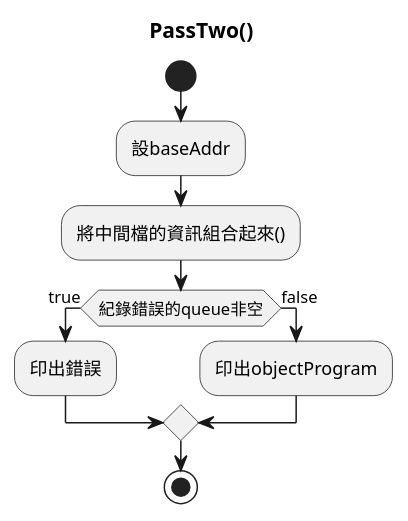
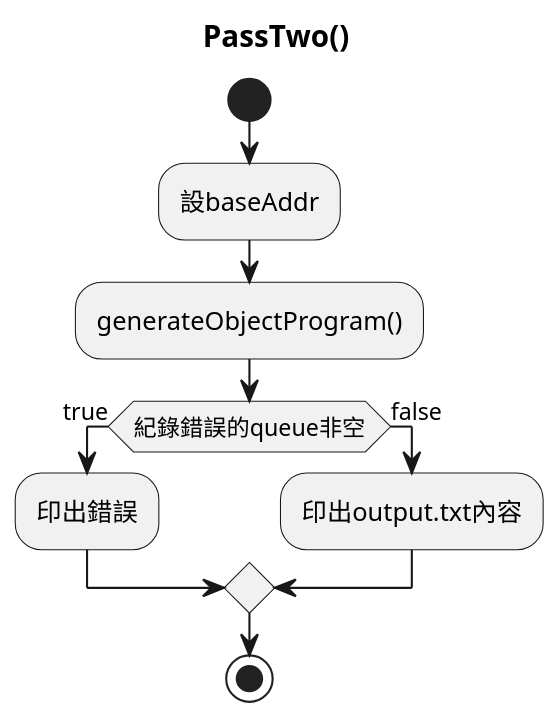
One commit to brooklin123/System_Software changed the diagram in version3/activity/twoPass().puml. Above: the diagram before and after it, drawn with PlantUML. The commit also changed 24 other files, not shown here.

```diff
--- a/version3/activity/twoPass().puml
+++ b/version3/activity/twoPass().puml
@@ -1,13 +1,15 @@
 @startuml
 title PassTwo()
+scale 1024 width
+scale 500 height
 start
 :設baseAddr;
-:將中間檔的資訊組合起來();
+:generateObjectProgram();
 
 if(紀錄錯誤的queue非空) then (true)
   :印出錯誤;
 else (false)
-  :印出objectProgram;
+  :印出output.txt內容;
 endif
 stop
 @enduml
```
